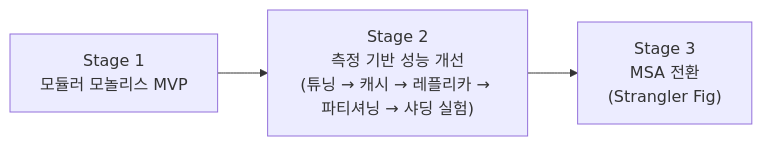
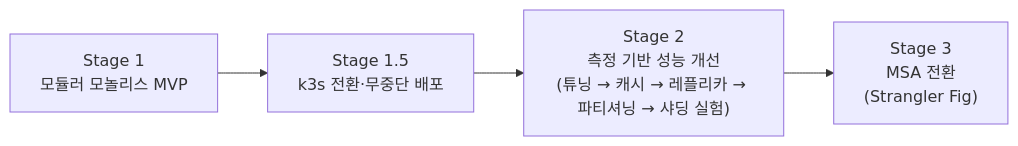
The diagram in docs/02-design/01-architecture-evolution.md (95twan/myroutine-v2), drawn with Mermaid before and after one commit. The commit also changed other lines of this file and 9 other files, not shown here.

````diff
--- a/docs/02-design/01-architecture-evolution.md
+++ b/docs/02-design/01-architecture-evolution.md
@@ -6,5 +6,5 @@
 ```mermaid
 flowchart LR
-  S1["Stage 1<br/>모듈러 모놀리스 MVP"] --> S2["Stage 2<br/>측정 기반 성능 개선<br/>(튜닝 → 캐시 → 레플리카 → 파티셔닝 → 샤딩 실험)"]
+  S1["Stage 1<br/>모듈러 모놀리스 MVP"] --> S15["Stage 1.5<br/>k3s 전환·무중단 배포"] --> S2["Stage 2<br/>측정 기반 성능 개선<br/>(튜닝 → 캐시 → 레플리카 → 파티셔닝 → 샤딩 실험)"]
   S2 --> S3["Stage 3<br/>MSA 전환<br/>(Strangler Fig)"]
 ```
````
